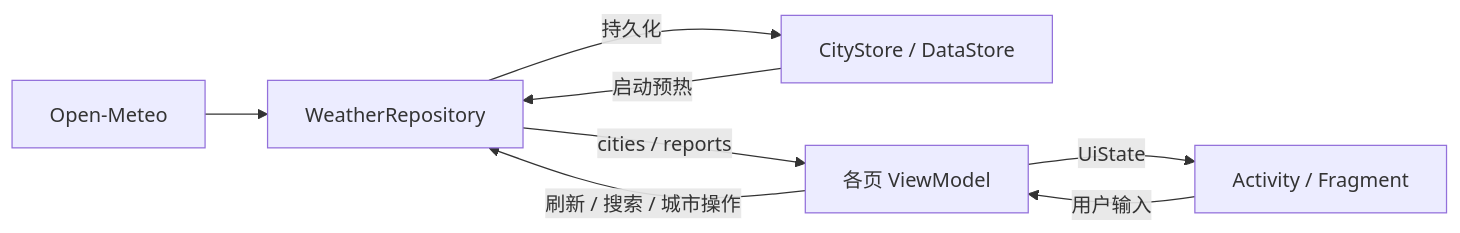
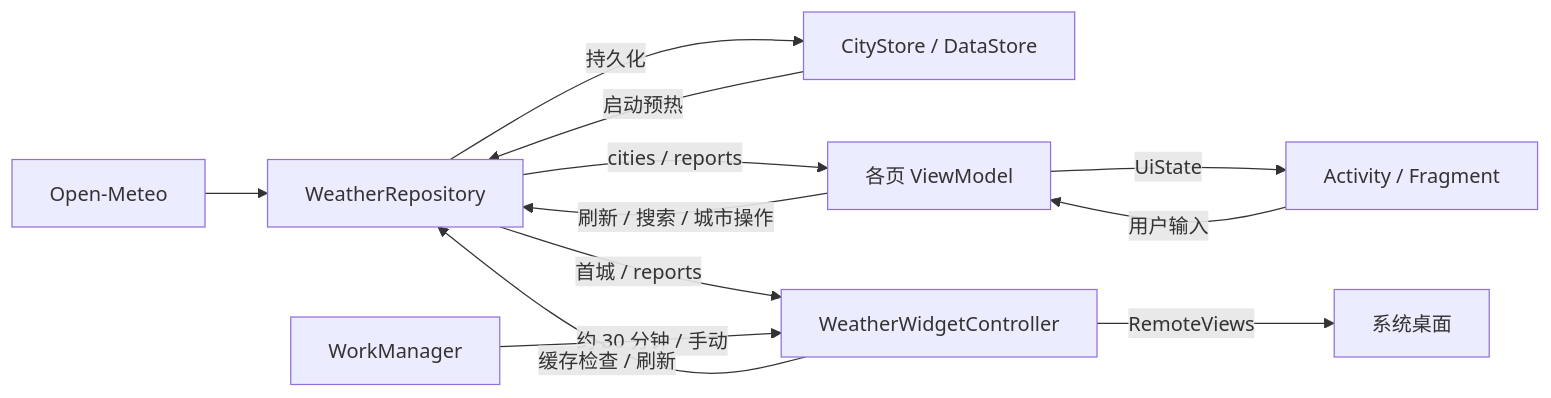
Before and after one commit to SiXuManYan/hydrogen-weather-animation: the diagram in docs/DESIGN.md, drawn with Mermaid. The commit also changed other lines of this file and 62 other files, not shown here.

````diff
--- a/docs/DESIGN.md
+++ b/docs/DESIGN.md
@@ -250,10 +265,14 @@
 ```mermaid
 flowchart LR
     API[Open-Meteo] --> Repo[WeatherRepository]
     Store[CityStore / DataStore] -->|启动预热| Repo
     Repo -->|持久化| Store
     Repo -->|cities / reports| VM[各页 ViewModel]
+    Repo -->|首城 / reports| Widget[WeatherWidgetController]
+    Work[WorkManager] -->|约 30 分钟 / 手动| Widget
+    Widget -->|缓存检查 / 刷新| Repo
+    Widget -->|RemoteViews| Home[系统桌面]
     VM -->|UiState| UI[Activity / Fragment]
     UI -->|用户输入| VM
     VM -->|刷新 / 搜索 / 城市操作| Repo
 ```
````
